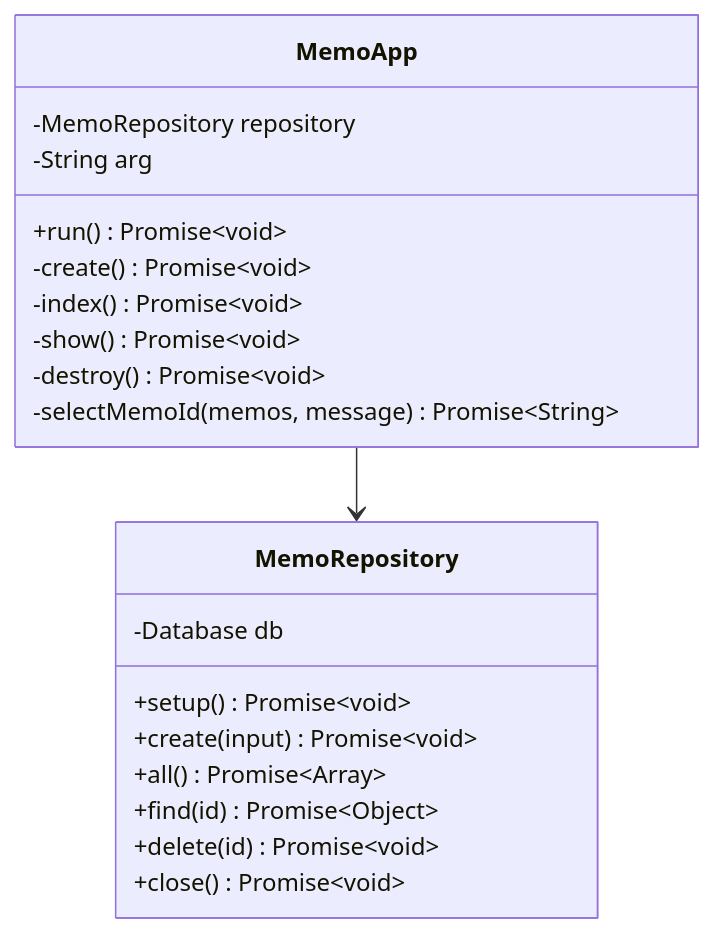
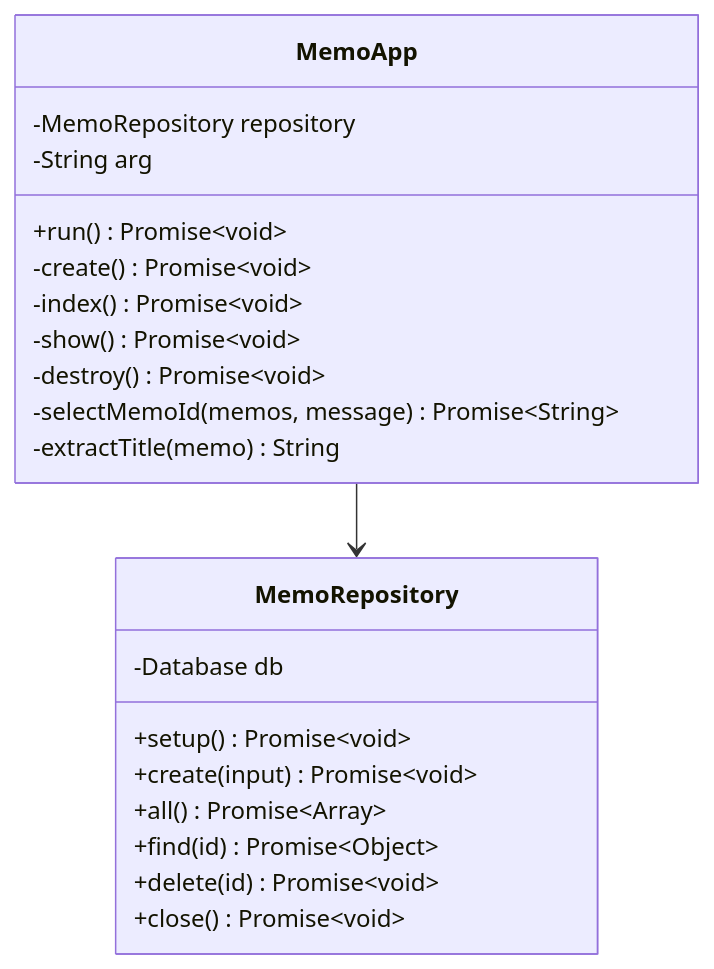
The diagram in 04.class/class_diagram.mmd (utsubo256/js-practices), drawn with Mermaid before and after one commit.

Commit message:
MemoAppクラスの変更に合わせてクラス図を更新

```diff
--- a/04.class/class_diagram.mmd
+++ b/04.class/class_diagram.mmd
@@ -1,23 +1,24 @@
 classDiagram
     class MemoApp {
       -MemoRepository repository
       -String arg
       +run() Promise~void~
       -create() Promise~void~
       -index() Promise~void~
       -show() Promise~void~
       -destroy() Promise~void~
       -selectMemoId(memos, message) Promise~String~
+      -extractTitle(memo) String
     }
 
     class MemoRepository {
       -Database db
       +setup() Promise~void~
       +create(input) Promise~void~
       +all() Promise~Array~
       +find(id) Promise~Object~
       +delete(id) Promise~void~
       +close() Promise~void~
     }
 
     MemoApp --> MemoRepository
```
